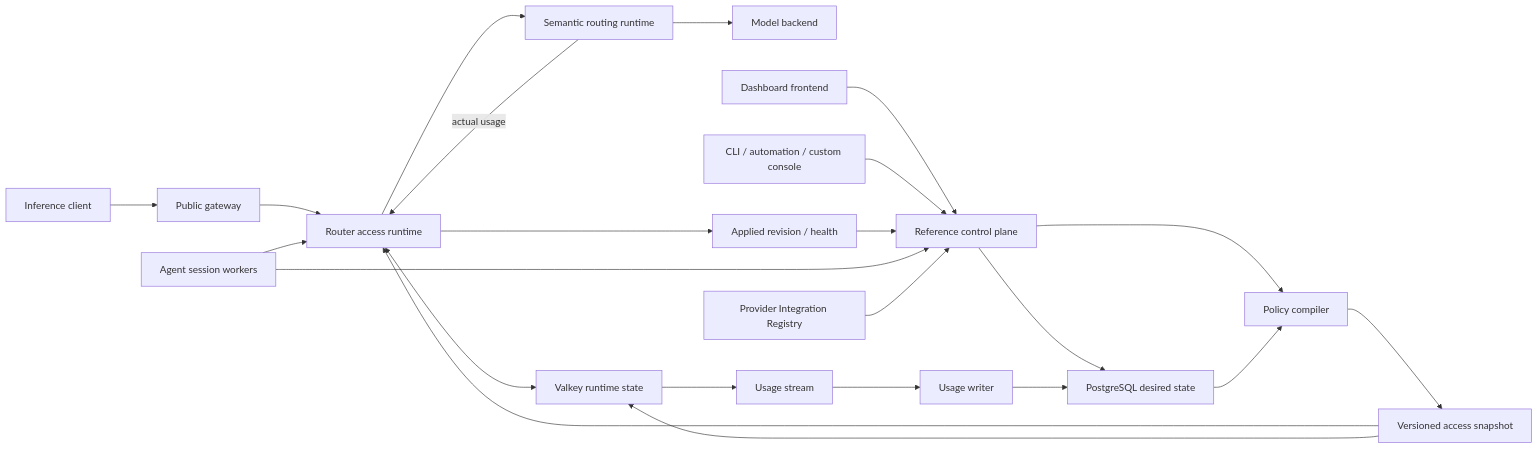
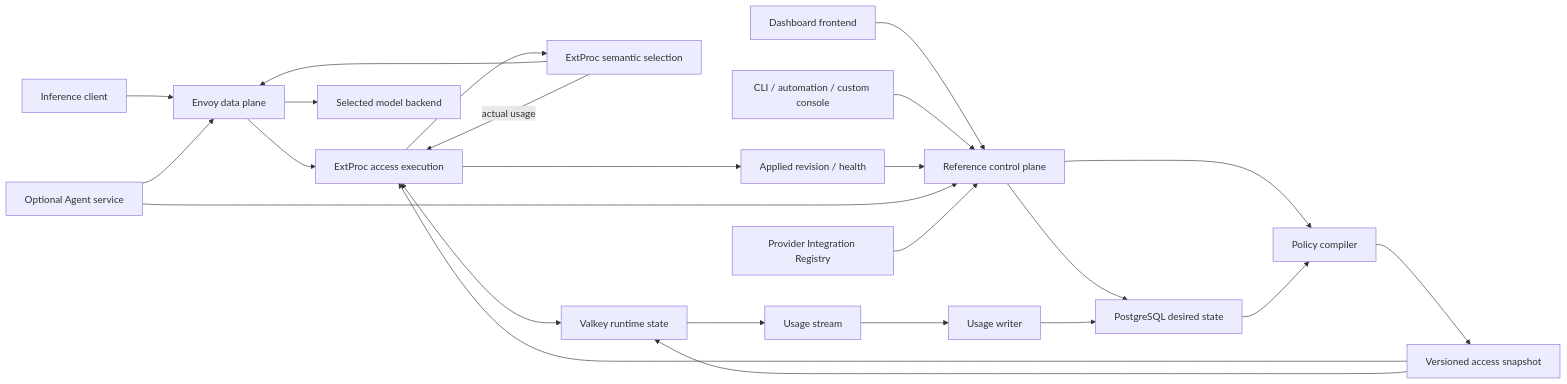
The diagram in website/docs/proposals/router-native-access-control.md (vllm-project/semantic-router), drawn with Mermaid before and after one commit. The commit also changed other lines of this file and 18 other files, not shown here.

Commit message:
Separate agent and transport control-plane boundaries

````diff
--- a/website/docs/proposals/router-native-access-control.md
+++ b/website/docs/proposals/router-native-access-control.md
@@ -141,26 +143,27 @@
 ```mermaid
 flowchart LR
-    Client["Inference client"] --> Gateway["Public gateway"]
-    Gateway --> Access["Router access runtime"]
-    Access --> Runtime["Semantic routing runtime"]
-    Runtime --> Backend["Model backend"]
+    Client["Inference client"] --> Gateway["Envoy data plane"]
+    Gateway --> Access["ExtProc access execution"]
+    Access --> Runtime["ExtProc semantic selection"]
+    Runtime --> Gateway
+    Gateway --> Backend["Selected model backend"]
     Access <--> Hot["Valkey runtime state"]
     Runtime -->|"actual usage"| Access
 
     Dashboard["Dashboard frontend"] --> Control["Reference control plane"]
     CLI["CLI / automation / custom console"] --> Control
     Control --> PG["PostgreSQL desired state"]
     Control --> Compiler["Policy compiler"]
     PG --> Compiler
     Compiler --> Projection["Versioned access snapshot"]
     Projection --> Access
     Projection --> Hot
     Access --> Status["Applied revision / health"]
     Status --> Control
-    Agent["Agent session workers"] --> Control
-    Agent --> Access
+    Agent["Optional Agent service"] --> Control
+    Agent --> Gateway
     Integrations["Provider Integration Registry"] --> Control
     Hot --> Stream["Usage stream"]
     Stream --> Writer["Usage writer"]
     Writer --> PG
 ```
````
